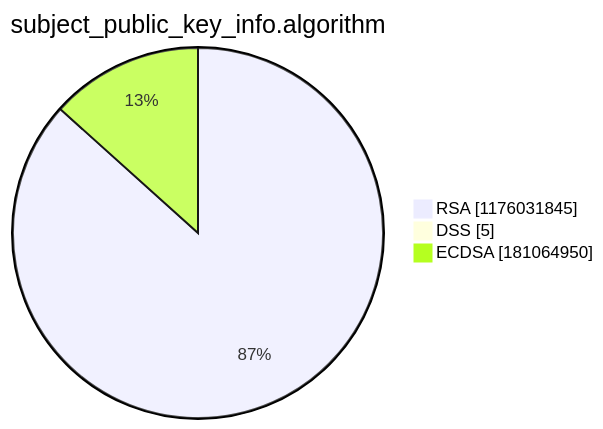
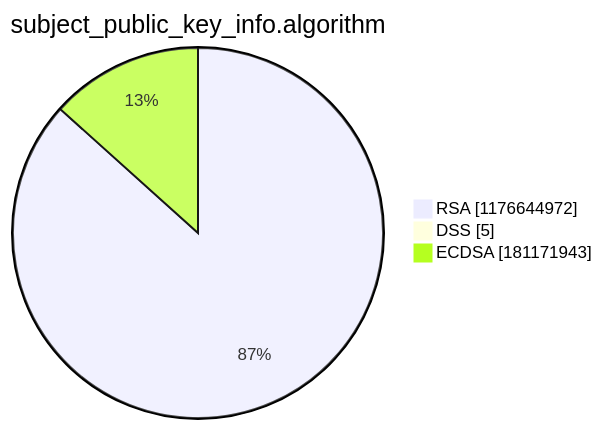
The third of 15 diagrams in argon2022/README.md (christiankrug/ctmonitor_visualization), drawn with Mermaid before and after one commit. The commit also changed other lines of this file, not shown here.

````diff
--- a/argon2022/README.md
+++ b/argon2022/README.md
@@ -14,7 +14,7 @@
 ```mermaid
 pie showData
 title subject_public_key_info.algorithm
-"RSA" :1176031845
+"RSA" :1176644972
 "DSS" :5
-"ECDSA" :181064950
+"ECDSA" :181171943
 ```
````
